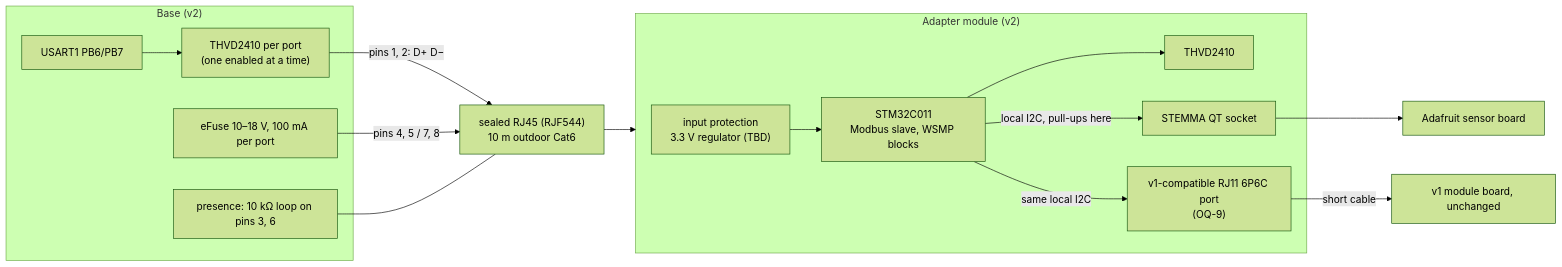
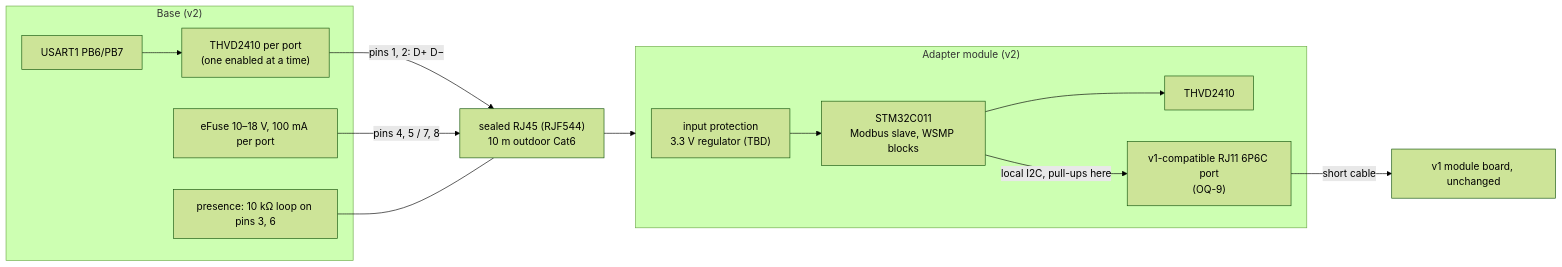
Before and after one commit to clintecker/weather-station-2026: the tenth of 11 diagrams in docs/superpowers/specs/2026-10-21-sensor-module-ports-design.md, drawn with Mermaid (forest theme). The commit also changed other lines of this file, not shown here.

First line of the commit message:
Spec: normalize identity, no port sensor without an ID EEPROM

````diff
--- a/docs/superpowers/specs/2026-10-21-sensor-module-ports-design.md
+++ b/docs/superpowers/specs/2026-10-21-sensor-module-ports-design.md
@@ -598,20 +606,18 @@
 ```mermaid
 flowchart LR
   subgraph BASE2["Base (v2)"]
     U["USART1 PB6/PB7"] --> X["THVD2410 per port<br/>(one enabled at a time)"]
     EF["eFuse 10–18 V, 100 mA per port"]
     PR["presence: 10 kΩ loop on pins 3, 6"]
   end
   X -- "pins 1, 2: D+ D−" --> RJ["sealed RJ45 (RJF544)<br/>10 m outdoor Cat6"]
   EF -- "pins 4, 5 / 7, 8" --> RJ
   PR --- RJ
   RJ --> AD
   subgraph AD["Adapter module (v2)"]
     IN["input protection<br/>3.3 V regulator (TBD)"] --> C0["STM32C011<br/>Modbus slave, WSMP blocks"]
     C0 --> XA["THVD2410"]
-    C0 -- "local I2C, pull-ups here" --> QT["STEMMA QT socket"]
-    C0 -- "same local I2C" --> V1J["v1-compatible RJ11 6P6C port<br/>(OQ-9)"]
+    C0 -- "local I2C, pull-ups here" --> V1J["v1-compatible RJ11 6P6C port<br/>(OQ-9)"]
   end
-  QT --> SB["Adafruit sensor board"]
   V1J -- "short cable" --> V1M["v1 module board, unchanged"]
 ```
````
